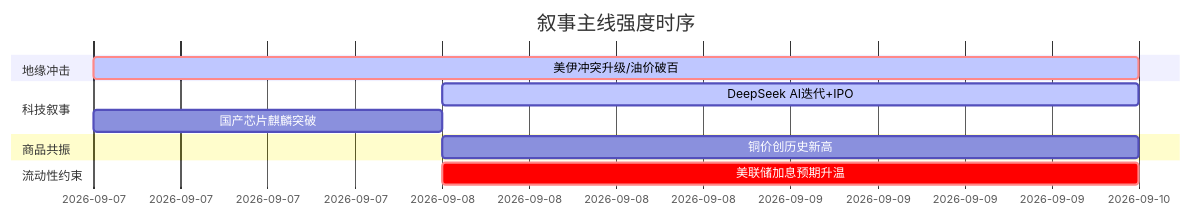
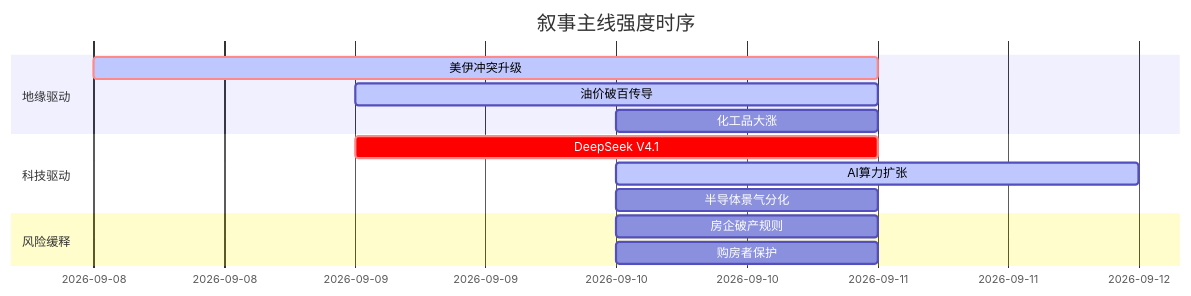
The diagram in 5day_report.md (uu5zn/uu5zn.github.io), drawn with Mermaid before and after one commit. The commit also changed other lines of this file and 23 other files, not shown here.

````diff
--- a/5day_report.md
+++ b/5day_report.md
@@ -58,14 +60,18 @@
 ```mermaid
 gantt
     title 叙事主线强度时序
-    dateFormat YYYY-MM-DD
-    section 地缘冲击
-    美伊冲突升级/油价破百   :crit, active, 2026-09-07, 3d
-    section 科技叙事
-    DeepSeek AI迭代+IPO    :active, 2026-09-08, 2d
-    国产芯片麒麟突破        :2026-09-07, 1d
-    section 商品共振
-    铜价创历史新高          :2026-09-08, 2d
-    section 流动性约束
-    美联储加息预期升温      :crit, 2026-09-08, 2d
+    dateFormat  YYYY-MM-DD
+    section 地缘驱动
+    美伊冲突升级   :crit, active, 2026-09-08, 3d
+    油价破百传导   :active, 2026-09-09, 2d
+    化工品大涨     :2026-09-10, 1d
+    
+    section 科技驱动
+    DeepSeek V4.1  :crit, 2026-09-09, 2d
+    AI算力扩张     :active, 2026-09-10, 2d
+    半导体景气分化 :2026-09-10, 1d
+    
+    section 风险缓释
+    房企破产规则   :2026-09-10, 1d
+    购房者保护     :2026-09-10, 1d
 ```
````
